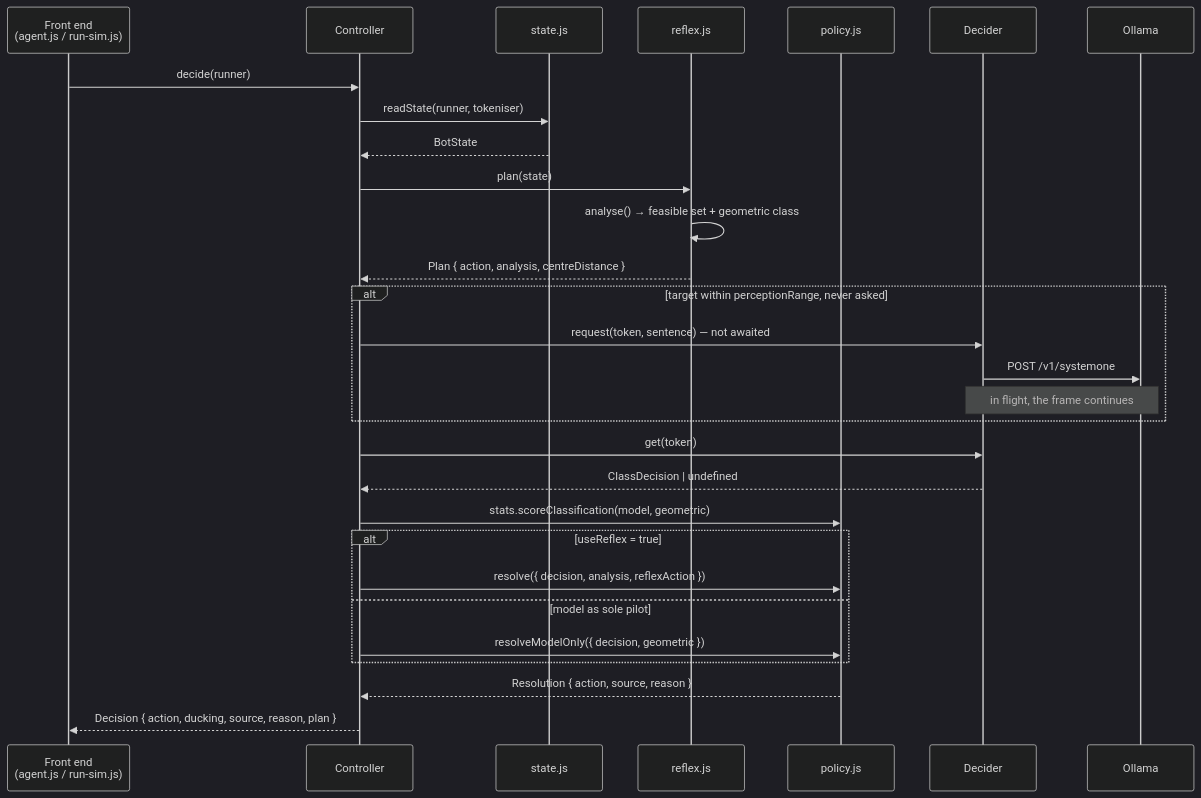
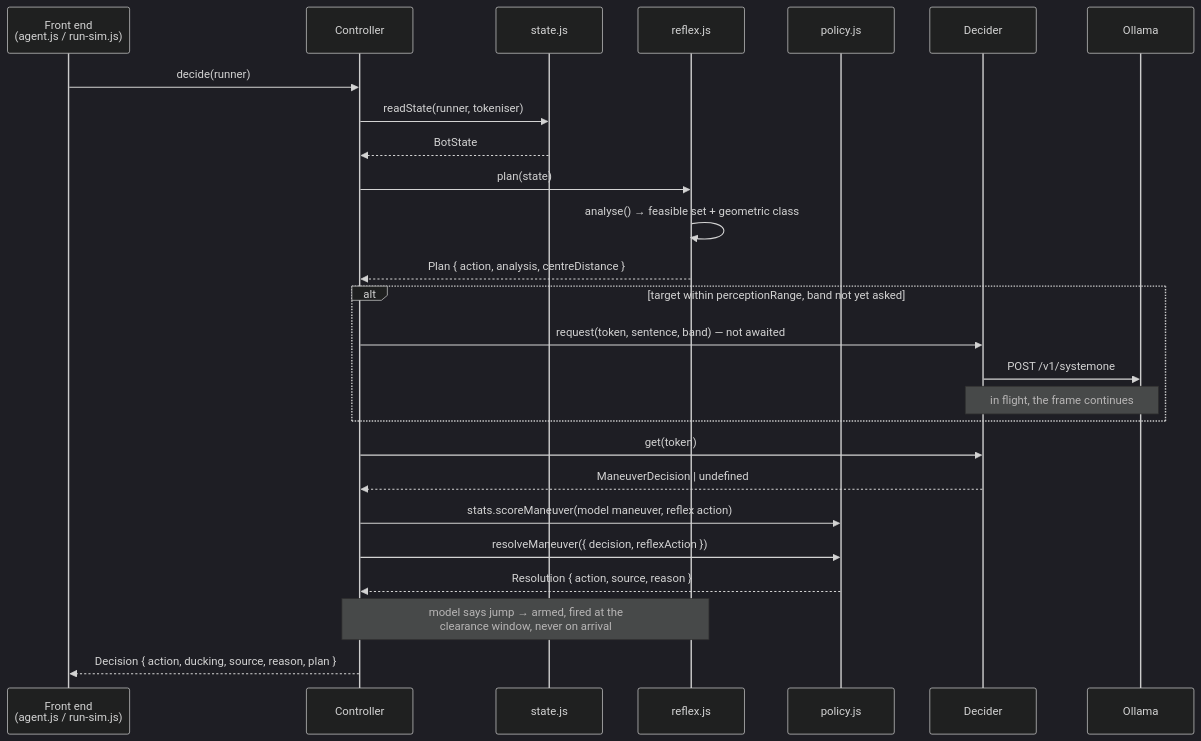
Before and after one commit to naufalmalikr/decisaur: the second of 8 diagrams in ARCHITECTURE.md, drawn with Mermaid (dark theme). The commit also changed other lines of this file and 18 other files, not shown here.

````diff
--- a/ARCHITECTURE.md
+++ b/ARCHITECTURE.md
@@ -74,34 +74,31 @@
 ```mermaid
 sequenceDiagram
     participant FE as Front end<br/>(agent.js / run-sim.js)
     participant C as Controller
     participant S as state.js
     participant R as reflex.js
     participant P as policy.js
     participant D as Decider
     participant O as Ollama
 
     FE->>C: decide(runner)
     C->>S: readState(runner, tokeniser)
     S-->>C: BotState
     C->>R: plan(state)
     R->>R: analyse() → feasible set + geometric class
     R-->>C: Plan { action, analysis, centreDistance }
 
-    alt target within perceptionRange, never asked
-        C->>D: request(token, sentence) — not awaited
+    alt target within perceptionRange, band not yet asked
+        C->>D: request(token, sentence, band) — not awaited
         D->>O: POST /v1/systemone
         Note over D,O: in flight, the frame continues
     end
 
     C->>D: get(token)
-    D-->>C: ClassDecision | undefined
-    C->>P: stats.scoreClassification(model, geometric)
-    alt useReflex = true
-        C->>P: resolve({ decision, analysis, reflexAction })
-    else model as sole pilot
-        C->>P: resolveModelOnly({ decision, geometric })
-    end
+    D-->>C: ManeuverDecision | undefined
+    C->>P: stats.scoreManeuver(model maneuver, reflex action)
+    C->>P: resolveManeuver({ decision, reflexAction })
     P-->>C: Resolution { action, source, reason }
+    Note over C,R: model says jump → armed, fired at the<br/>clearance window, never on arrival
     C-->>FE: Decision { action, ducking, source, reason, plan }
 ```
````
